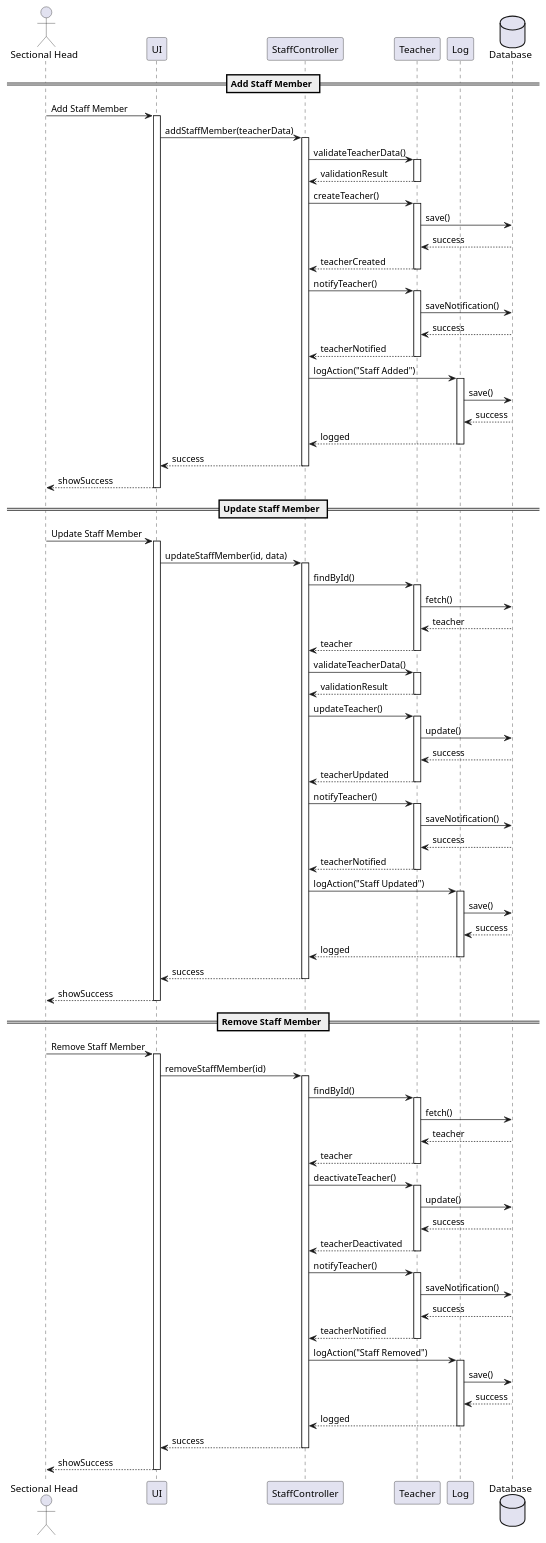
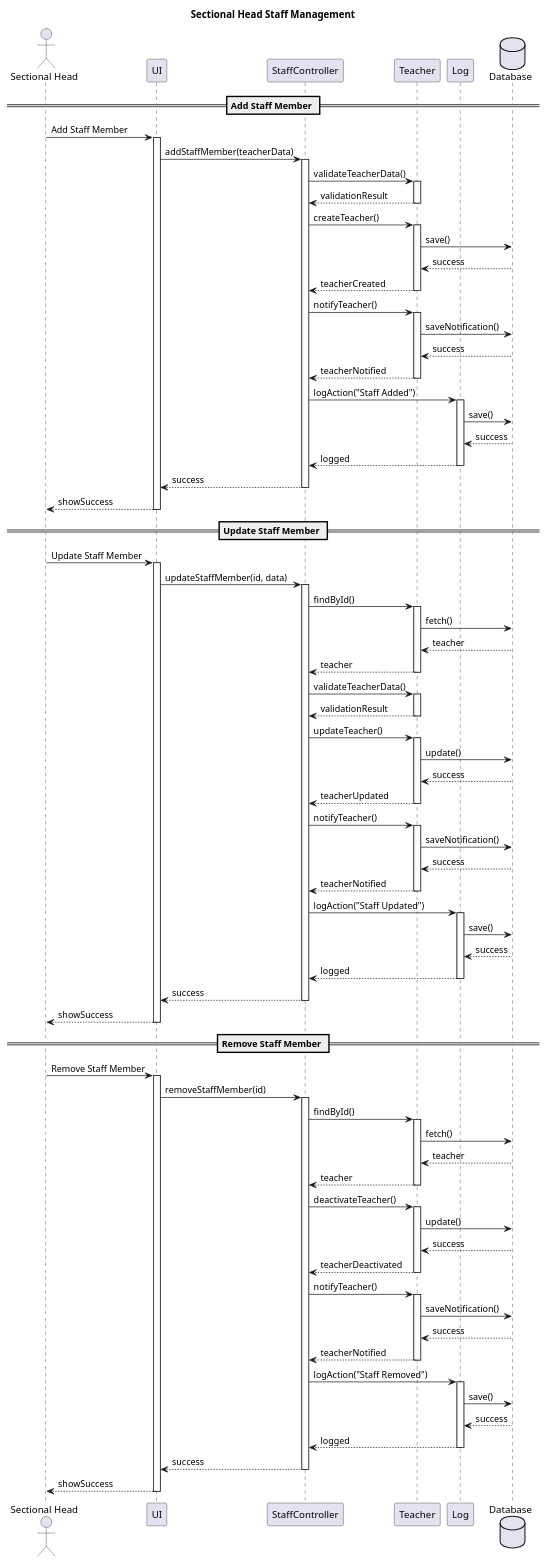
Before and after one commit to AdithyaSean/School-Management-System: the diagram in docs/sequence/sectional-head-staff-managemnet.puml, drawn with PlantUML. The commit also changed 15 other files, not shown here.

Commit message:
Add titles to use case and sequence diagrams; create new diagrams for attendance, profile, communication, and authentication management

```diff
--- a/docs/sequence/sectional-head-staff-managemnet.puml
+++ b/docs/sequence/sectional-head-staff-managemnet.puml
@@ -1,130 +1,131 @@
 @startuml Sectional Head Staff Management
+title Sectional Head Staff Management
 
 actor "Sectional Head" as SH
 participant "UI" as UI
 participant "StaffController" as SC
 participant "Teacher" as T
 participant "Log" as L
 database "Database" as DB
 
 == Add Staff Member ==
 SH -> UI: Add Staff Member
 activate UI
 UI -> SC: addStaffMember(teacherData)
 activate SC
 
 SC -> T: validateTeacherData()
 activate T
 T --> SC: validationResult
 deactivate T
 
 SC -> T: createTeacher()
 activate T
 T -> DB: save()
 DB --> T: success
 T --> SC: teacherCreated
 deactivate T
 
 SC -> T: notifyTeacher()
 activate T
 T -> DB: saveNotification()
 DB --> T: success
 T --> SC: teacherNotified
 deactivate T
 
 SC -> L: logAction("Staff Added")
 activate L
 L -> DB: save()
 DB --> L: success
 L --> SC: logged
 deactivate L
 
 SC --> UI: success
 deactivate SC
 UI --> SH: showSuccess
 deactivate UI
 
 == Update Staff Member ==
 SH -> UI: Update Staff Member
 activate UI
 UI -> SC: updateStaffMember(id, data)
 activate SC
 
 SC -> T: findById()
 activate T
 T -> DB: fetch()
 DB --> T: teacher
 T --> SC: teacher
 deactivate T
 
 SC -> T: validateTeacherData()
 activate T
 T --> SC: validationResult
 deactivate T
 
 SC -> T: updateTeacher()
 activate T
 T -> DB: update()
 DB --> T: success
 T --> SC: teacherUpdated
 deactivate T
 
 SC -> T: notifyTeacher()
 activate T
 T -> DB: saveNotification()
 DB --> T: success
 T --> SC: teacherNotified
 deactivate T
 
 SC -> L: logAction("Staff Updated")
 activate L
 L -> DB: save()
 DB --> L: success
 L --> SC: logged
 deactivate L
 
 SC --> UI: success
 deactivate SC
 UI --> SH: showSuccess
 deactivate UI
 
 == Remove Staff Member ==
 SH -> UI: Remove Staff Member
 activate UI
 UI -> SC: removeStaffMember(id)
 activate SC
 
 SC -> T: findById()
 activate T
 T -> DB: fetch()
 DB --> T: teacher
 T --> SC: teacher
 deactivate T
 
 SC -> T: deactivateTeacher()
 activate T
 T -> DB: update()
 DB --> T: success
 T --> SC: teacherDeactivated
 deactivate T
 
 SC -> T: notifyTeacher()
 activate T
 T -> DB: saveNotification()
 DB --> T: success
 T --> SC: teacherNotified
 deactivate T
 
 SC -> L: logAction("Staff Removed")
 activate L
 L -> DB: save()
 DB --> L: success
 L --> SC: logged
 deactivate L
 
 SC --> UI: success
 deactivate SC
 UI --> SH: showSuccess
 deactivate UI
 
 @enduml
```
